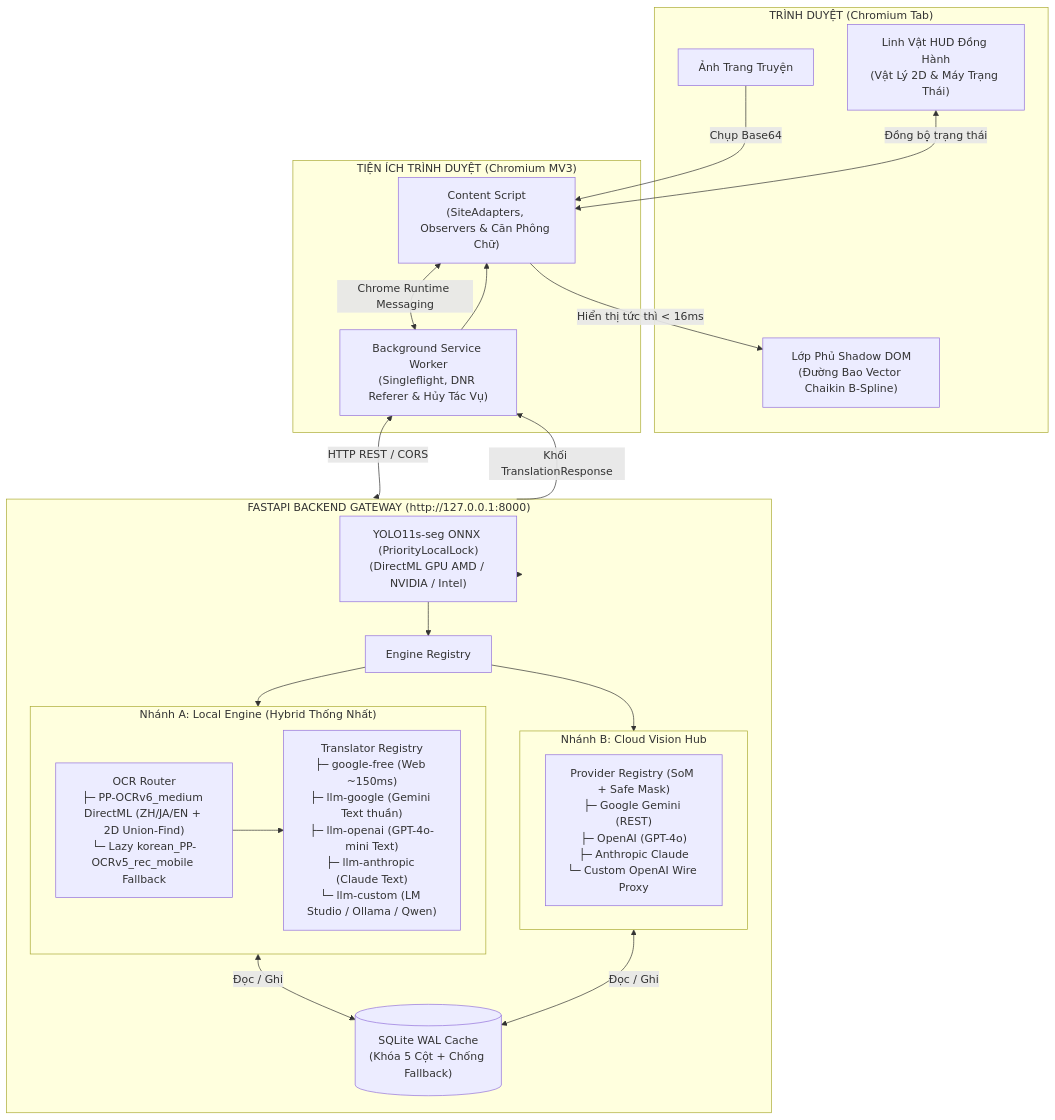
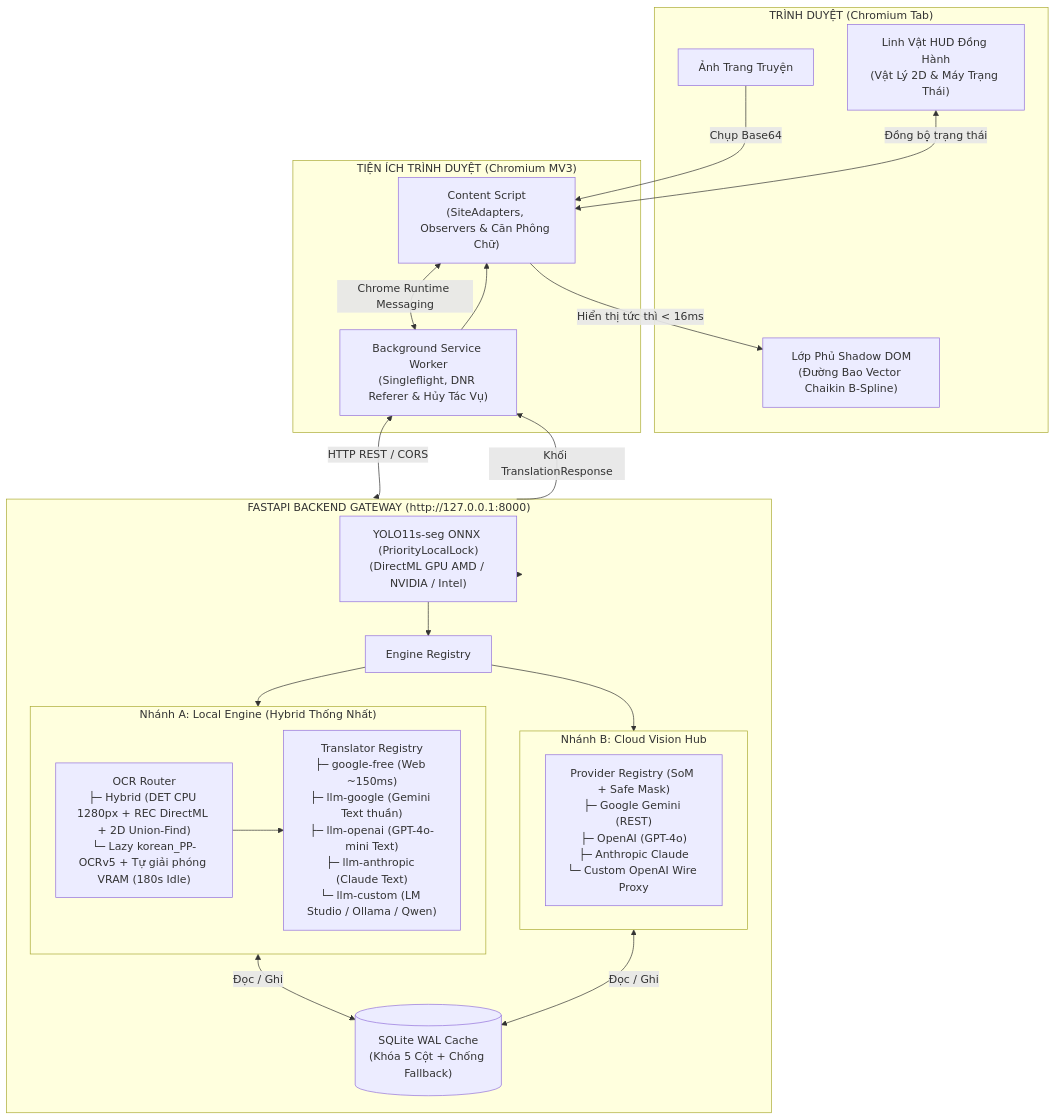
The diagram in README.vi.md (thailong2103/ink-shift), drawn with Mermaid before and after one commit. The commit also changed other lines of this file and 4 other files, not shown here.

Commit message:
docs: add ADR-021 and sync specs/READMEs for Phase 48 hybrid runtime and VRAM budget

````diff
--- a/README.vi.md
+++ b/README.vi.md
@@ -77,44 +77,44 @@
 ```mermaid
 flowchart TD
     subgraph Browser["TRÌNH DUYỆT (Chromium Tab)"]
         Page["Ảnh Trang Truyện"]
         Overlay["Lớp Phủ Shadow DOM<br/>(Đường Bao Vector Chaikin B-Spline)"]
         Mascot["Linh Vật HUD Đồng Hành<br/>(Vật Lý 2D & Máy Trạng Thái)"]
     end
 
     subgraph Extension["TIỆN ÍCH TRÌNH DUYỆT (Chromium MV3)"]
         CS["Content Script<br/>(SiteAdapters, Observers & Căn Phông Chữ)"]
         SW["Background Service Worker<br/>(Singleflight, DNR Referer & Hủy Tác Vụ)"]
     end
 
     subgraph Gateway["FASTAPI BACKEND GATEWAY (http://127.0.0.1:8000)"]
         Detector["YOLO11s-seg ONNX (PriorityLocalLock)<br/>(DirectML GPU AMD / NVIDIA / Intel)"]
         Registry["Engine Registry"]
         
         subgraph BranchA["Nhánh A: Local Engine (Hybrid Thống Nhất)"]
-            OCR["OCR Router<br/>├─ PP-OCRv6_medium DirectML (ZH/JA/EN + 2D Union-Find)<br/>└─ Lazy korean_PP-OCRv5_rec_mobile Fallback"]
+            OCR["OCR Router<br/>├─ Hybrid (DET CPU 1280px + REC DirectML + 2D Union-Find)<br/>└─ Lazy korean_PP-OCRv5 + Tự giải phóng VRAM (180s Idle)"]
             Translator["Translator Registry<br/>├─ google-free (Web ~150ms)<br/>├─ llm-google (Gemini Text thuần)<br/>├─ llm-openai (GPT-4o-mini Text)<br/>├─ llm-anthropic (Claude Text)<br/>└─ llm-custom (LM Studio / Ollama / Qwen)"]
             OCR --> Translator
         end
 
         subgraph BranchB["Nhánh B: Cloud Vision Hub"]
             ProviderReg["Provider Registry (SoM + Safe Mask)<br/>├─ Google Gemini (REST)<br/>├─ OpenAI (GPT-4o)<br/>├─ Anthropic Claude<br/>└─ Custom OpenAI Wire Proxy"]
         end
 
         Cache[("SQLite WAL Cache<br/>(Khóa 5 Cột + Chống Fallback)")]
     end
 
     Page -->|Chụp Base64| CS
     CS <-->|Chrome Runtime Messaging| SW
     SW <-->|HTTP REST / CORS| Gateway
     Gateway --> Detector
     Detector --> Registry
     Registry --> BranchA
     Registry --> BranchB
     BranchA <-->|Đọc / Ghi| Cache
     BranchB <-->|Đọc / Ghi| Cache
     Gateway -->|Khối TranslationResponse| SW
     SW --> CS
     CS -->|Hiển thị tức thì < 16ms| Overlay
     Mascot <-->|Đồng bộ trạng thái| CS
 ```
````
